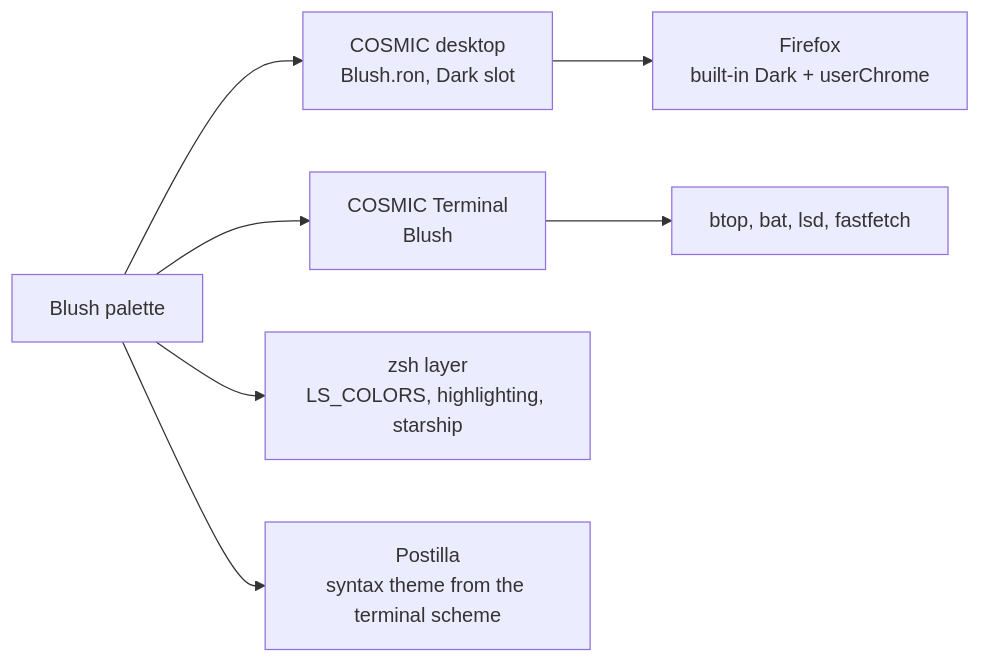
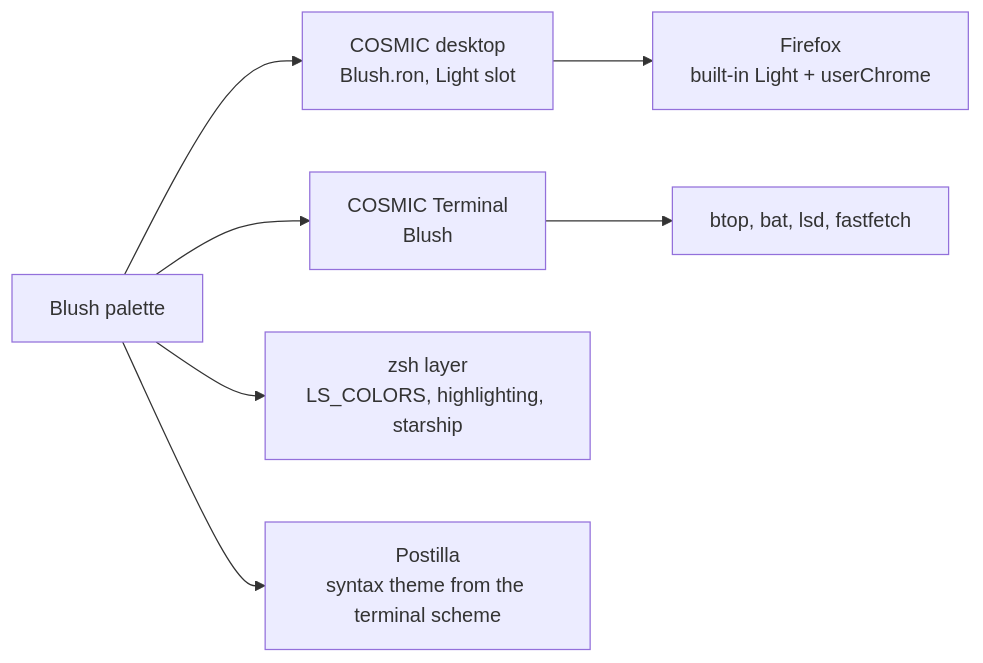
One commit to atraxsrc/cosmic-blush-theme changed the diagram in docs/showcase.md. Above: the diagram before and after it, drawn with Mermaid. The commit also changed 34 other files, not shown here.

Commit message:
Light slot wording, syntax_theme_light, Dark cursor in the text colour, swatch URLs

````diff
--- a/docs/showcase.md
+++ b/docs/showcase.md
@@ -29,9 +29,9 @@
 ```mermaid
 flowchart LR
-    P[Blush palette] --> D[COSMIC desktop<br/>Blush.ron, Dark slot]
+    P[Blush palette] --> D[COSMIC desktop<br/>Blush.ron, Light slot]
     P --> T[COSMIC Terminal<br/>Blush]
     P --> S[zsh layer<br/>LS_COLORS, highlighting, starship]
     P --> E[Postilla<br/>syntax theme from the terminal scheme]
     T --> B[btop, bat, lsd, fastfetch]
-    D --> F[Firefox<br/>built-in Dark + userChrome]
+    D --> F[Firefox<br/>built-in Light + userChrome]
 ```
````
